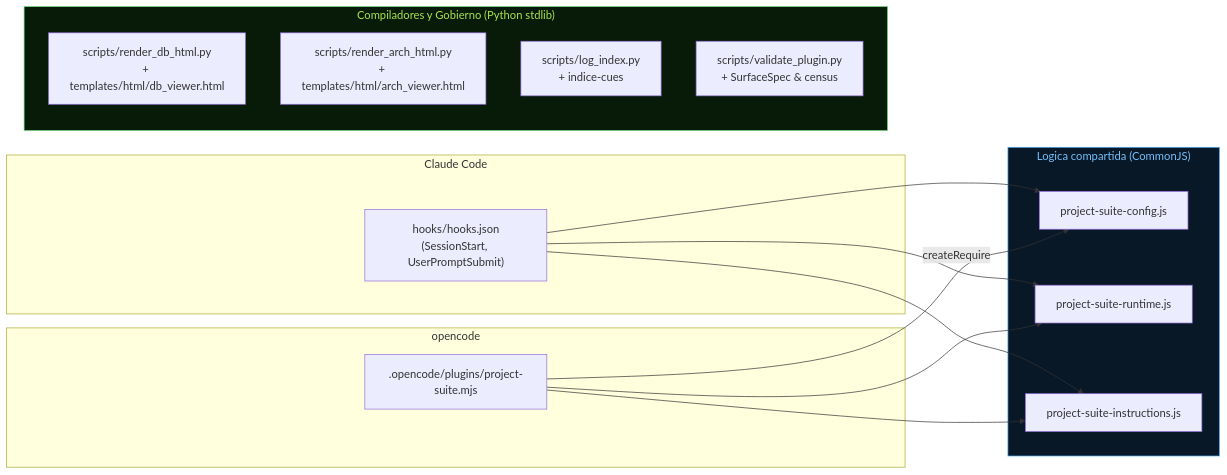
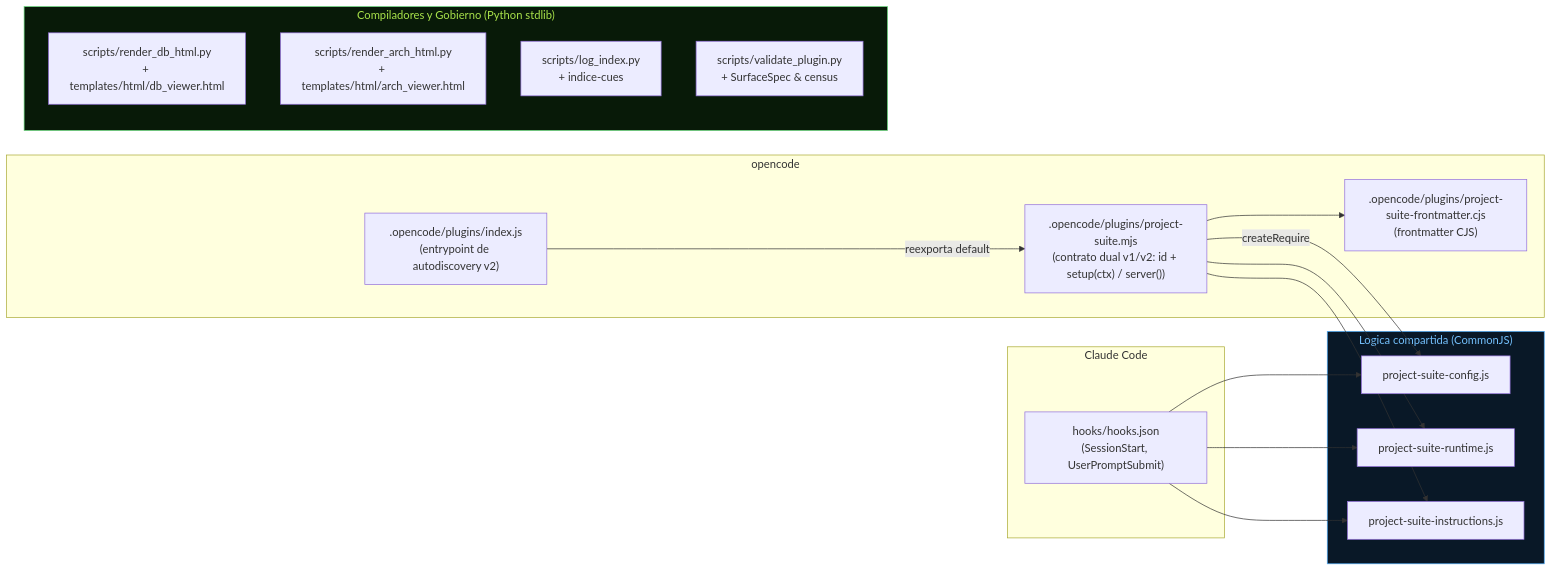
Before and after one commit to AlexPrietoRomani/project-suite: the second of 5 diagrams in docs/architecture/architecture.md, drawn with Mermaid. The commit also changed other lines of this file and 19 other files, not shown here.

First line of the commit message:
feat(opencode): implementa soporte dual para OpenCode v2 y gobernanza de orquestacion multi-agente; bump 1.7.0

````diff
--- a/docs/architecture/architecture.md
+++ b/docs/architecture/architecture.md
@@ -42,30 +42,34 @@
 ```mermaid
 flowchart LR
     subgraph CC["Claude Code"]
         HOOKSCC["hooks/hooks.json\n(SessionStart, UserPromptSubmit)"]
     end
     subgraph OC["opencode"]
-        BRIDGE[".opencode/plugins/project-suite.mjs"]
+        BRIDGE[".opencode/plugins/project-suite.mjs\n(contrato dual v1/v2: id + setup(ctx) / server())"]
+        DISC[".opencode/plugins/index.js\n(entrypoint de autodiscovery v2)"]
+        PARSER[".opencode/plugins/project-suite-frontmatter.cjs\n(frontmatter CJS)"]
     end
     subgraph SHARED["Logica compartida (CommonJS)"]
         CFG["project-suite-config.js"]
         RT["project-suite-runtime.js"]
         INSTR["project-suite-instructions.js"]
     end
     subgraph COMP["Compiladores y Gobierno (Python stdlib)"]
         RDB["scripts/render_db_html.py\n+ templates/html/db_viewer.html"]
         RARCH["scripts/render_arch_html.py\n+ templates/html/arch_viewer.html"]
         LIDX["scripts/log_index.py\n+ indice-cues"]
         VAL["scripts/validate_plugin.py\n+ SurfaceSpec & census"]
     end
 
     HOOKSCC --> CFG
     HOOKSCC --> RT
     HOOKSCC --> INSTR
     BRIDGE -->|"createRequire"| CFG
     BRIDGE --> RT
     BRIDGE --> INSTR
+    BRIDGE --> PARSER
+    DISC -->|"reexporta default"| BRIDGE
 
     style SHARED fill:#091827,stroke:#4dabf7,color:#74c0fc
     style COMP fill:#081a08,stroke:#69db7c,color:#a9e34b
 ```
````
